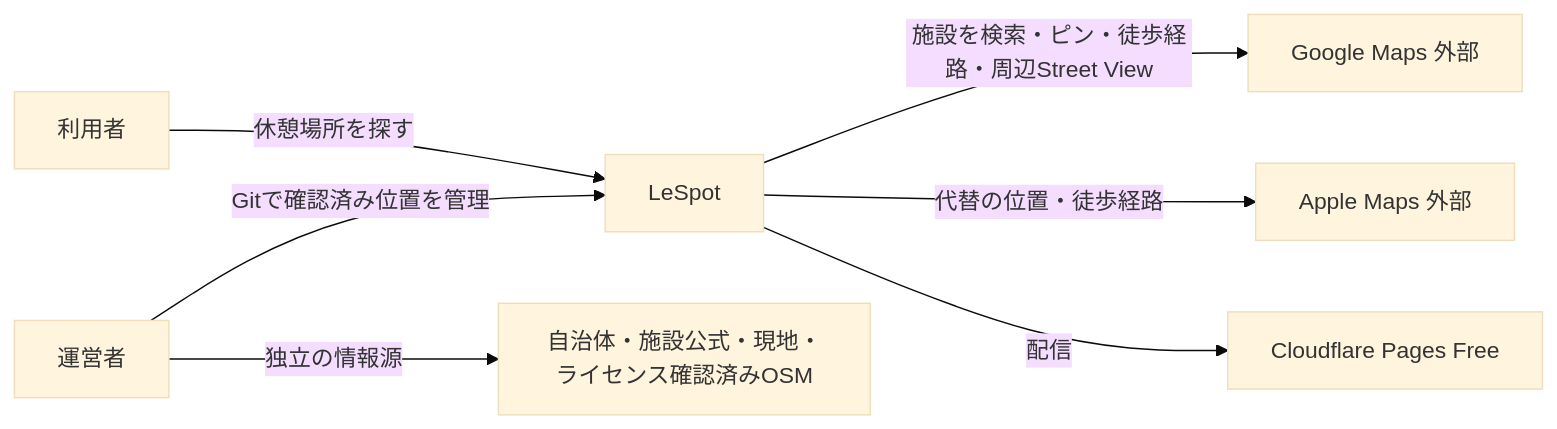
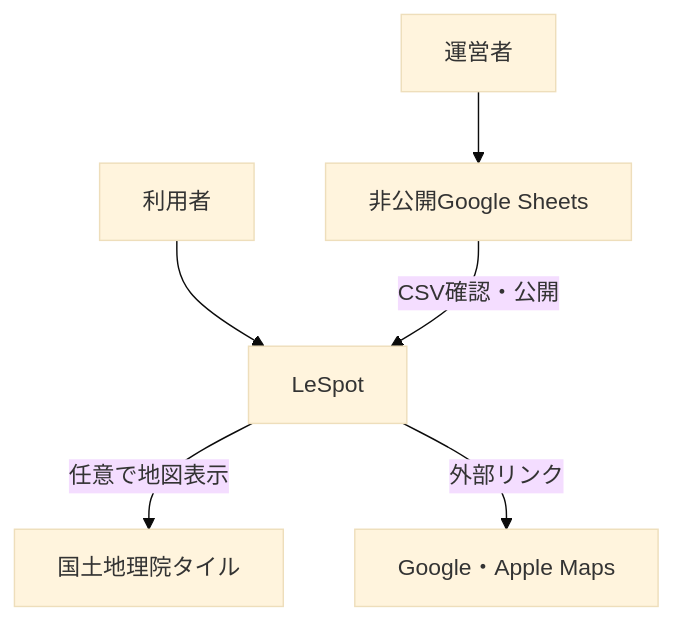
The first of 4 diagrams in docs/ARCHITECTURE.md (suzaking/lespot), drawn with Mermaid (base theme) before and after one commit. The commit also changed other lines of this file and 69 other files, not shown here.

````diff
--- a/docs/ARCHITECTURE.md
+++ b/docs/ARCHITECTURE.md
@@ -7,9 +5,8 @@
 ```mermaid
-flowchart LR
-  U[利用者] -->|休憩場所を探す| L[LeSpot]
-  O[運営者] -->|Gitで確認済み位置を管理| L
-  L -->|施設を検索・ピン・徒歩経路・周辺Street View| G[Google Maps 外部]
-  L -->|代替の位置・徒歩経路| A[Apple Maps 外部]
-  L -->|配信| C[Cloudflare Pages Free]
-  O -->|独立の情報源| D[自治体・施設公式・現地・ライセンス確認済みOSM]
+flowchart TD
+ U[利用者] --> L[LeSpot]
+ O[運営者] --> S[非公開Google Sheets]
+ S -->|CSV確認・公開| L
+ L -->|任意で地図表示| G[国土地理院タイル]
+ L -->|外部リンク| M[Google・Apple Maps]
 ```
````
